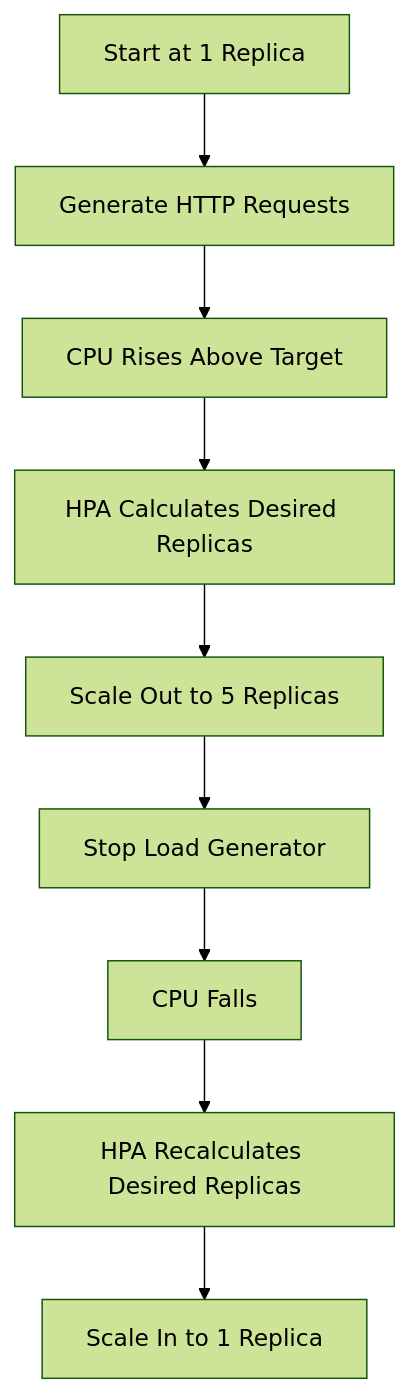
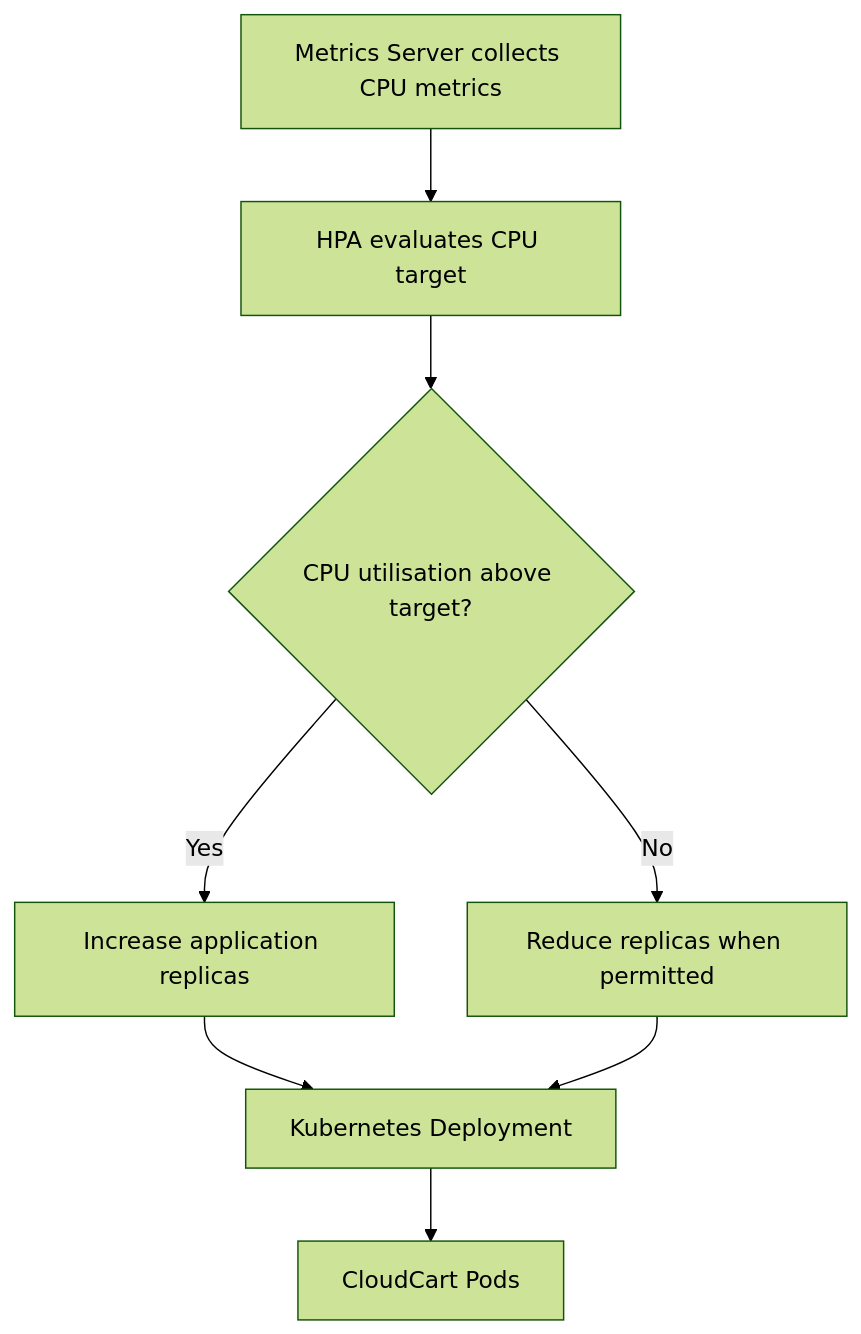
The third of 3 diagrams in README.md (amn-khn/CloudCart), drawn with Mermaid (forest theme) before and after one commit. The commit also changed other lines of this file, not shown here.

````diff
--- a/README.md
+++ b/README.md
@@ -274,11 +196,10 @@
 ```mermaid
 flowchart TD
-    A["Start at 1 Replica"] --> B["Generate HTTP Requests"]
-    B --> C["CPU Rises Above Target"]
-    C --> D["HPA Calculates Desired Replicas"]
-    D --> E["Scale Out to 5 Replicas"]
-    E --> F["Stop Load Generator"]
-    F --> G["CPU Falls"]
-    G --> H["HPA Recalculates Desired Replicas"]
-    H --> I["Scale In to 1 Replica"]
+    A["Metrics Server collects CPU metrics"] --> B["HPA evaluates CPU target"]
+    B --> C{"CPU utilisation above target?"}
+    C -- Yes --> D["Increase application replicas"]
+    C -- No --> E["Reduce replicas when permitted"]
+    D --> F["Kubernetes Deployment"]
+    E --> F
+    F --> G["CloudCart Pods"]
 ```
````
